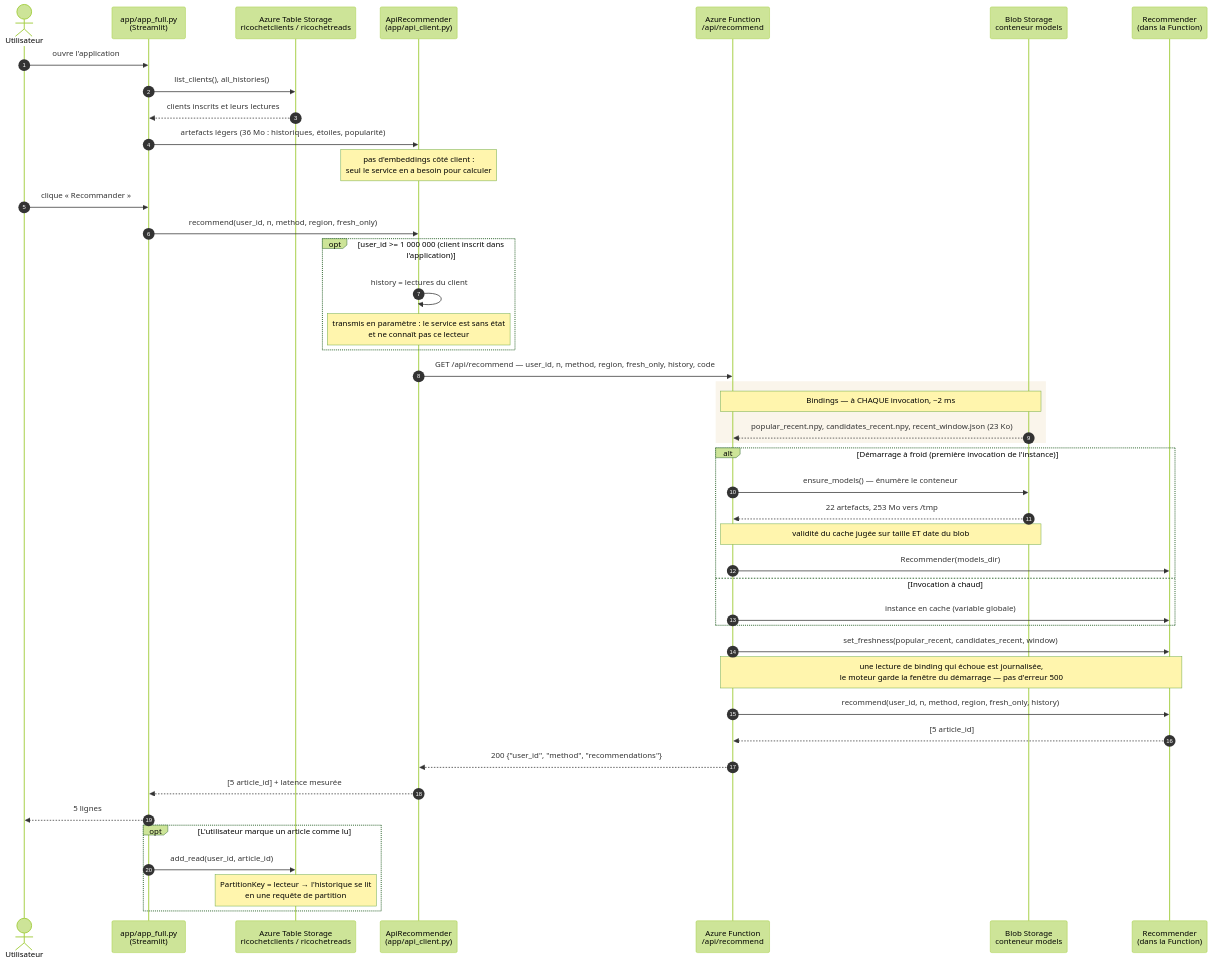
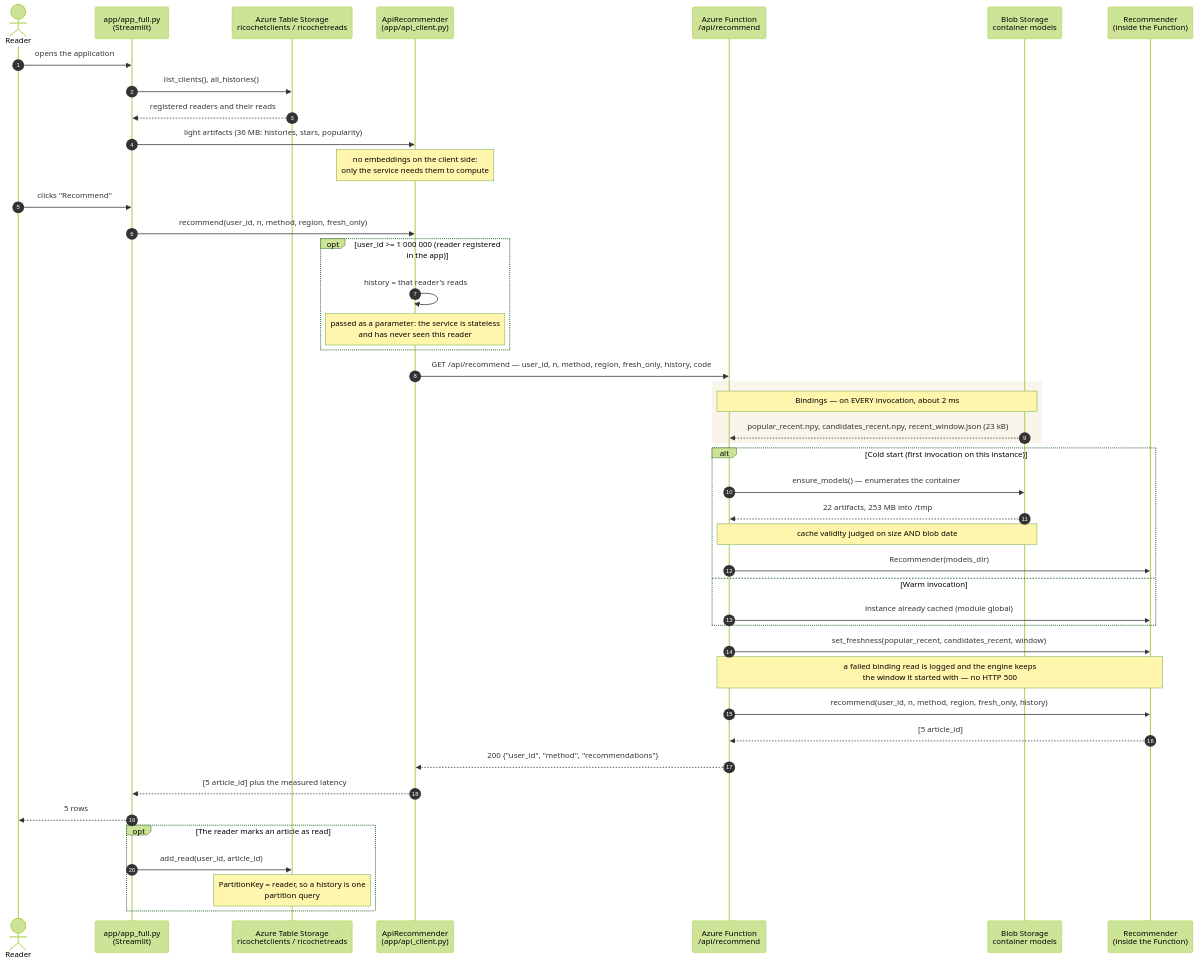
The third of 3 diagrams in docs/sequences.md (delnouty/Ricochet-content-recommendation), drawn with Mermaid (forest theme) before and after one commit. The commit also changed other lines of this file and 7 other files, not shown here.

First line of the commit message:
Translate the sequence diagrams, the four READMEs and infra to English

````diff
--- a/docs/sequences.md
+++ b/docs/sequences.md
@@ -123,52 +121,52 @@
 ```mermaid
 sequenceDiagram
     autonumber
-    actor U as Utilisateur
+    actor U as Reader
     participant APP as app/app_full.py<br/>(Streamlit)
     participant TS as Azure Table Storage<br/>ricochetclients / ricochetreads
     participant AR as ApiRecommender<br/>(app/api_client.py)
     participant FN as Azure Function<br/>/api/recommend
-    participant BL as Blob Storage<br/>conteneur models
-    participant R as Recommender<br/>(dans la Function)
+    participant BL as Blob Storage<br/>container models
+    participant R as Recommender<br/>(inside the Function)
 
-    U->>APP: ouvre l'application
+    U->>APP: opens the application
     APP->>TS: list_clients(), all_histories()
-    TS-->>APP: clients inscrits et leurs lectures
-    APP->>AR: artefacts légers (36 Mo : historiques, étoiles, popularité)
-    Note over AR: pas d'embeddings côté client :<br/>seul le service en a besoin pour calculer
+    TS-->>APP: registered readers and their reads
+    APP->>AR: light artifacts (36 MB: histories, stars, popularity)
+    Note over AR: no embeddings on the client side:<br/>only the service needs them to compute
 
-    U->>APP: clique « Recommander »
+    U->>APP: clicks "Recommend"
     APP->>AR: recommend(user_id, n, method, region, fresh_only)
-    opt user_id >= 1 000 000 (client inscrit dans l'application)
-    AR->>AR: history = lectures du client
-    Note over AR: transmis en paramètre : le service est sans état<br/>et ne connaît pas ce lecteur
+    opt user_id >= 1 000 000 (reader registered in the app)
+    AR->>AR: history = that reader's reads
+    Note over AR: passed as a parameter: the service is stateless<br/>and has never seen this reader
     end
     AR->>FN: GET /api/recommend — user_id, n, method, region, fresh_only, history, code
 
     rect rgb(250, 245, 235)
-    Note over FN,BL: Bindings — à CHAQUE invocation, ~2 ms
-    BL-->>FN: popular_recent.npy, candidates_recent.npy, recent_window.json (23 Ko)
+    Note over FN,BL: Bindings — on EVERY invocation, about 2 ms
+    BL-->>FN: popular_recent.npy, candidates_recent.npy, recent_window.json (23 kB)
     end
 
-    alt Démarrage à froid (première invocation de l'instance)
-        FN->>BL: ensure_models() — énumère le conteneur
-        BL-->>FN: 22 artefacts, 253 Mo vers /tmp
-        Note over FN,BL: validité du cache jugée sur taille ET date du blob
+    alt Cold start (first invocation on this instance)
+        FN->>BL: ensure_models() — enumerates the container
+        BL-->>FN: 22 artifacts, 253 MB into /tmp
+        Note over FN,BL: cache validity judged on size AND blob date
         FN->>R: Recommender(models_dir)
-    else Invocation à chaud
-        FN->>R: instance en cache (variable globale)
+    else Warm invocation
+        FN->>R: instance already cached (module global)
     end
 
     FN->>R: set_freshness(popular_recent, candidates_recent, window)
-    Note over FN,R: une lecture de binding qui échoue est journalisée,<br/>le moteur garde la fenêtre du démarrage — pas d'erreur 500
+    Note over FN,R: a failed binding read is logged and the engine keeps<br/>the window it started with — no HTTP 500
     FN->>R: recommend(user_id, n, method, region, fresh_only, history)
     R-->>FN: [5 article_id]
     FN-->>AR: 200 {"user_id", "method", "recommendations"}
-    AR-->>APP: [5 article_id] + latence mesurée
-    APP-->>U: 5 lignes
+    AR-->>APP: [5 article_id] plus the measured latency
+    APP-->>U: 5 rows
 
-    opt L'utilisateur marque un article comme lu
+    opt The reader marks an article as read
     APP->>TS: add_read(user_id, article_id)
-    Note over TS: PartitionKey = lecteur → l'historique se lit<br/>en une requête de partition
+    Note over TS: PartitionKey = reader, so a history is one<br/>partition query
     end
 ```
````
